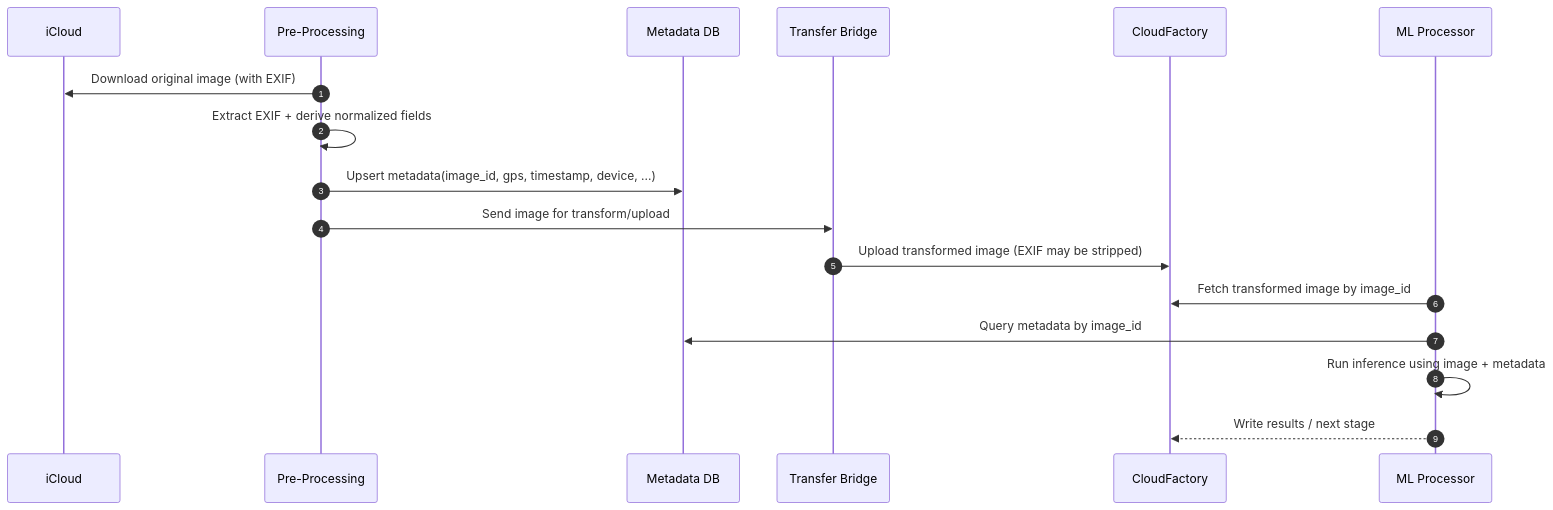
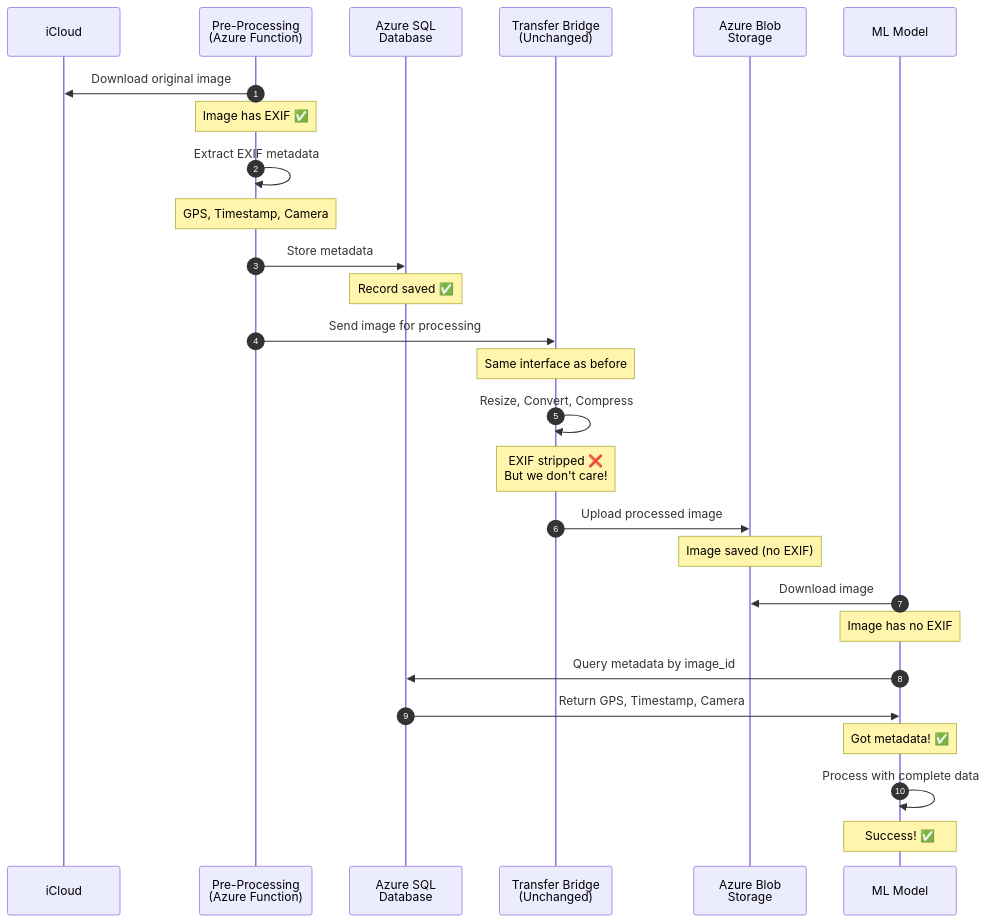
The second of 2 diagrams in The-Bug/02_Solution_Architecture.md (anandSgunti/cloud), drawn with Mermaid before and after one commit. The commit also changed other lines of this file, not shown here.

````diff
--- a/The-Bug/02_Solution_Architecture.md
+++ b/The-Bug/02_Solution_Architecture.md
@@ -52,20 +200,38 @@
 ```mermaid
 sequenceDiagram
-  autonumber
-  participant I as iCloud
-  participant P as Pre-Processing
-  participant DB as Metadata DB
-  participant B as Transfer Bridge
-  participant CF as CloudFactory
-  participant ML as ML Processor
+    autonumber
+    participant iCloud as iCloud
+    participant PreProc as Pre-Processing<br/>(Azure Function)
+    participant DB as Azure SQL<br/>Database
+    participant Bridge as Transfer Bridge<br/>(Unchanged)
+    participant Blob as Azure Blob<br/>Storage
+    participant ML as ML Model
 
-  P->>I: Download original image (with EXIF)
-  P->>P: Extract EXIF + derive normalized fields
-  P->>DB: Upsert metadata(image_id, gps, timestamp, device, ...)
-  P->>B: Send image for transform/upload
-  B->>CF: Upload transformed image (EXIF may be stripped)
-  ML->>CF: Fetch transformed image by image_id
-  ML->>DB: Query metadata by image_id
-  ML->>ML: Run inference using image + metadata
-  ML-->>CF: Write results / next stage
+    PreProc->>iCloud: Download original image
+    Note over PreProc: Image has EXIF ✅
+    
+    PreProc->>PreProc: Extract EXIF metadata
+    Note over PreProc: GPS, Timestamp, Camera
+    
+    PreProc->>DB: Store metadata
+    Note over DB: Record saved ✅
+    
+    PreProc->>Bridge: Send image for processing
+    Note over Bridge: Same interface as before
+    
+    Bridge->>Bridge: Resize, Convert, Compress
+    Note over Bridge: EXIF stripped ❌<br/>But we don't care!
+    
+    Bridge->>Blob: Upload processed image
+    Note over Blob: Image saved (no EXIF)
+    
+    ML->>Blob: Download image
+    Note over ML: Image has no EXIF
+    
+    ML->>DB: Query metadata by image_id
+    DB->>ML: Return GPS, Timestamp, Camera
+    Note over ML: Got metadata! ✅
+    
+    ML->>ML: Process with complete data
+    Note over ML: Success! ✅
 ```
````
